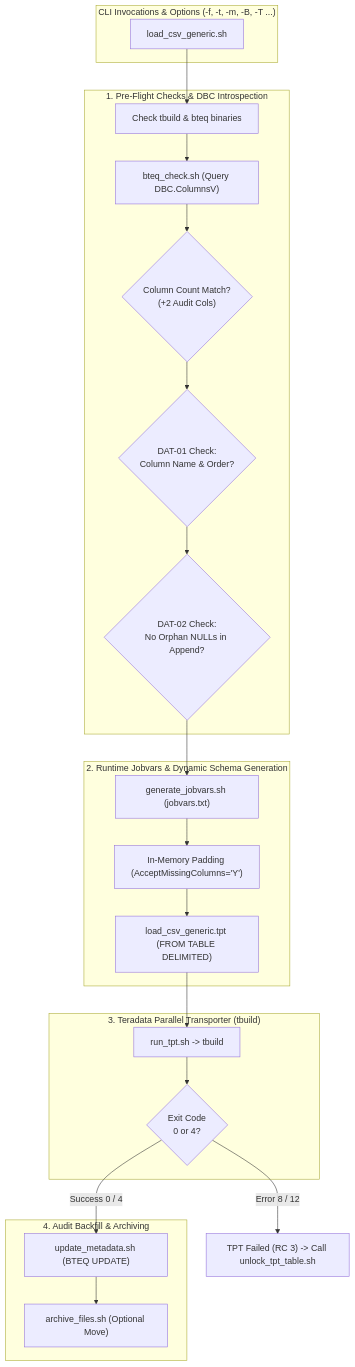
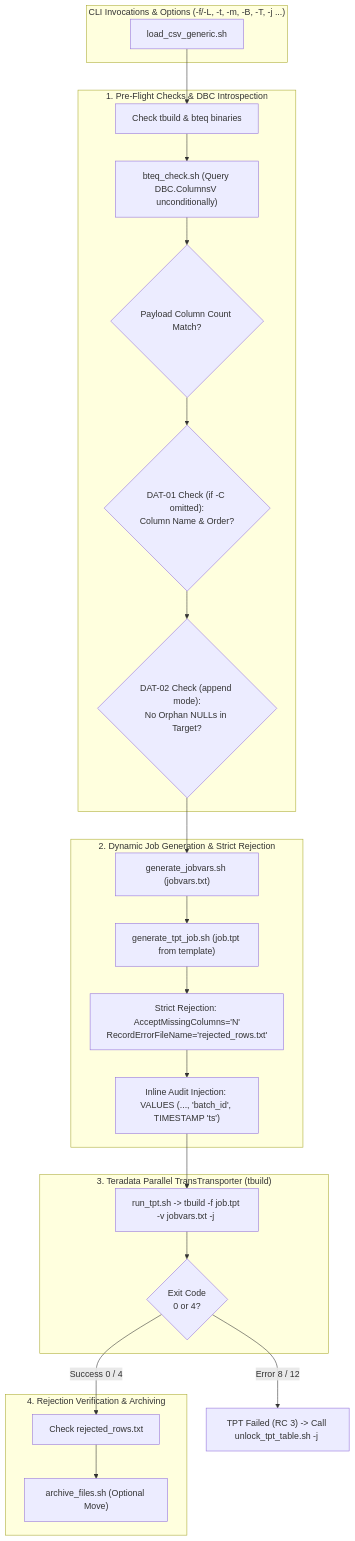
Before and after one commit to manisadegh/DATA_LOADER: the diagram in DOCS/03_TPT_LOADER/01_user_how_to_guide.md, drawn with Mermaid. The commit also changed other lines of this file and 48 other files, not shown here.

Commit message:
feat(phase-1): implement TPT load path, strict row rejection & schema governance (F1.1 - F1.12)

````diff
--- a/DOCS/03_TPT_LOADER/01_user_how_to_guide.md
+++ b/DOCS/03_TPT_LOADER/01_user_how_to_guide.md
@@ -7,35 +7,36 @@
 ```mermaid
 flowchart TD
-    subgraph CLI["CLI Invocations & Options (-f, -t, -m, -B, -T ...)"]
+    subgraph CLI["CLI Invocations & Options (-f/-L, -t, -m, -B, -T, -j ...)"]
         Args["load_csv_generic.sh"]
     end
 
     subgraph PREFLIGHT["1. Pre-Flight Checks & DBC Introspection"]
         BinCheck["Check tbuild & bteq binaries"]
-        BteqCheck["bteq_check.sh (Query DBC.ColumnsV)"]
-        ColCount{"Column Count Match?<br/>(+2 Audit Cols)"}
-        DAT01{"DAT-01 Check:<br/>Column Name & Order?"}
-        DAT02{"DAT-02 Check:<br/>No Orphan NULLs in Append?"}
+        BteqCheck["bteq_check.sh (Query DBC.ColumnsV unconditionally)"]
+        ColCount{"Payload Column Count Match?"}
+        DAT01{"DAT-01 Check (if -C omitted):<br/>Column Name & Order?"}
+        DAT02{"DAT-02 Check (append mode):<br/>No Orphan NULLs in Target?"}
     end
 
-    subgraph GENERATOR["2. Runtime Jobvars & Dynamic Schema Generation"]
+    subgraph GENERATOR["2. Dynamic Job Generation & Strict Rejection"]
         Jobvars["generate_jobvars.sh (jobvars.txt)"]
-        Padding["In-Memory Padding (AcceptMissingColumns='Y')"]
-        TPTScript["load_csv_generic.tpt (FROM TABLE DELIMITED)"]
+        GenTPT["generate_tpt_job.sh (job.tpt from template)"]
+        Strict["Strict Rejection: AcceptMissingColumns='N'<br/>RecordErrorFileName='rejected_rows.txt'"]
+        Inline["Inline Audit Injection: VALUES (..., 'batch_id', TIMESTAMP 'ts')"]
     end
 
-    subgraph EXECUTION["3. Teradata Parallel Transporter (tbuild)"]
-        Tbuild["run_tpt.sh -> tbuild"]
+    subgraph EXECUTION["3. Teradata Parallel TransTransporter (tbuild)"]
+        Tbuild["run_tpt.sh -> tbuild -f job.tpt -v jobvars.txt -j <job_name>"]
         RC{"Exit Code<br/>0 or 4?"}
     end
 
-    subgraph POSTLOAD["4. Audit Backfill & Archiving"]
-        MetaUpdate["update_metadata.sh (BTEQ UPDATE)"]
+    subgraph POSTLOAD["4. Rejection Verification & Archiving"]
+        RejCheck["Check rejected_rows.txt"]
         Archive["archive_files.sh (Optional Move)"]
     end
 
     Args --> BinCheck --> BteqCheck --> ColCount --> DAT01 --> DAT02
-    DAT02 --> Jobvars --> Padding --> TPTScript --> Tbuild --> RC
-    RC -->|Success 0 / 4| MetaUpdate --> Archive
-    RC -->|Error 8 / 12| Fail["TPT Failed (RC 3) -> Call unlock_tpt_table.sh"]
+    DAT02 --> Jobvars --> GenTPT --> Strict --> Inline --> Tbuild --> RC
+    RC -->|Success 0 / 4| RejCheck --> Archive
+    RC -->|Error 8 / 12| Fail["TPT Failed (RC 3) -> Call unlock_tpt_table.sh -j <job_name>"]
 ```
````
